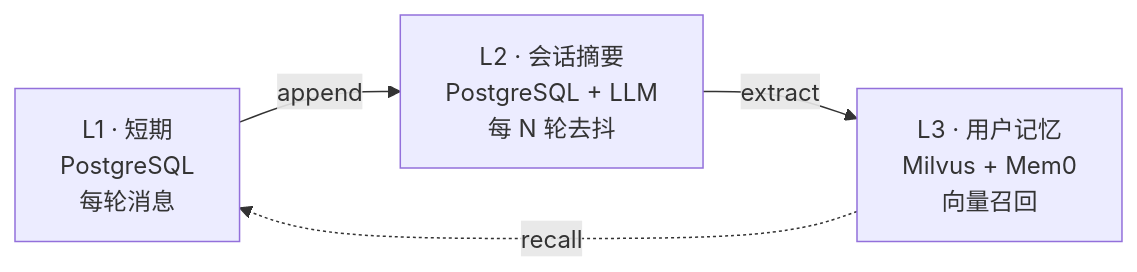
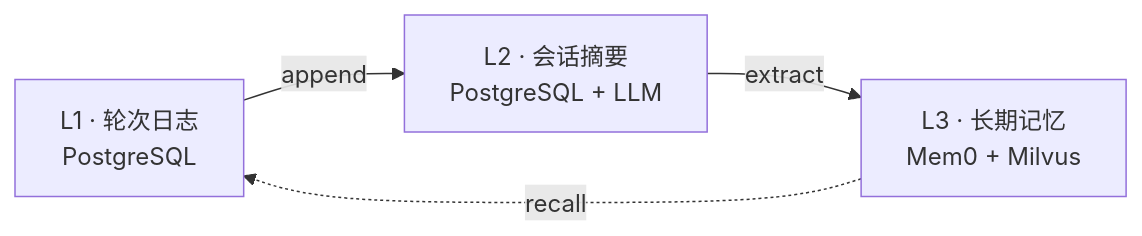
Before and after one commit to mcgrapeng/Thinkback: the diagram in README.zh-CN.md, drawn with Mermaid. The commit also changed other lines of this file and 37 other files, not shown here.

````diff
--- a/README.zh-CN.md
+++ b/README.zh-CN.md
@@ -132,9 +113,9 @@
 ```mermaid
 flowchart LR
-    L1["L1 · 短期<br/>PostgreSQL<br/>每轮消息"]
-    L2["L2 · 会话摘要<br/>PostgreSQL + LLM<br/>每 N 轮去抖"]
-    L3["L3 · 用户记忆<br/>Milvus + Mem0<br/>向量召回"]
+    L1["L1 · 轮次日志<br/>PostgreSQL"]
+    L2["L2 · 会话摘要<br/>PostgreSQL + LLM"]
+    L3["L3 · 长期记忆<br/>Mem0 + Milvus"]
     L1 -->|append| L2
     L2 -->|extract| L3
     L3 -.->|recall| L1
 ```
````
